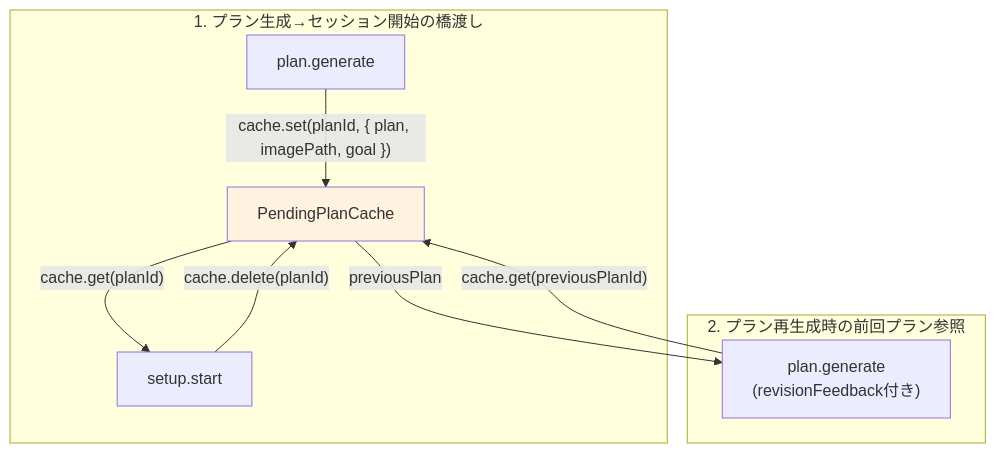
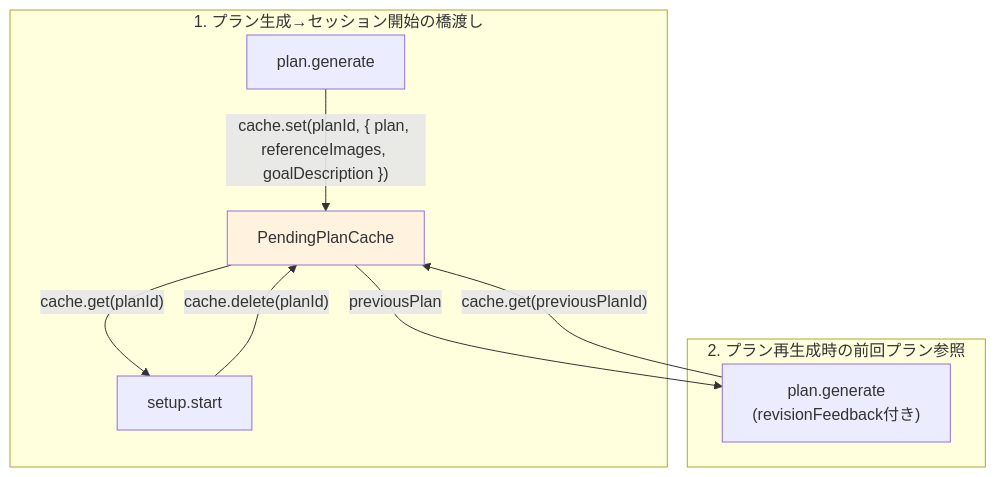
One commit to yukaorange/dcc_suport changed the third of 9 diagrams in packages/server/docs/reading-guide.md. Above: the diagram before and after it, drawn with Mermaid. The commit also changed other lines of this file and 12 other files, not shown here.

Commit message:
chore(docs): アーキテクチャ図の更新とIllustrator/Photoshopスキルの追加

````diff
--- a/packages/server/docs/reading-guide.md
+++ b/packages/server/docs/reading-guide.md
@@ -106,15 +107,15 @@
 ```mermaid
 flowchart TD
     subgraph "1. プラン生成→セッション開始の橋渡し"
-        A["plan.generate"] -->|"cache.set(planId, { plan, imagePath, goal })"| C["PendingPlanCache"]
+        A["plan.generate"] -->|"cache.set(planId, { plan, referenceImages, goalDescription })"| C["PendingPlanCache"]
         C -->|"cache.get(planId)"| B["setup.start"]
         B -->|"cache.delete(planId)"| C
     end
 
     subgraph "2. プラン再生成時の前回プラン参照"
         D["plan.generate\n(revisionFeedback付き)"] -->|"cache.get(previousPlanId)"| C
         C -->|"previousPlan"| D
     end
 
     style C fill:#fff3e0
 ```
````
